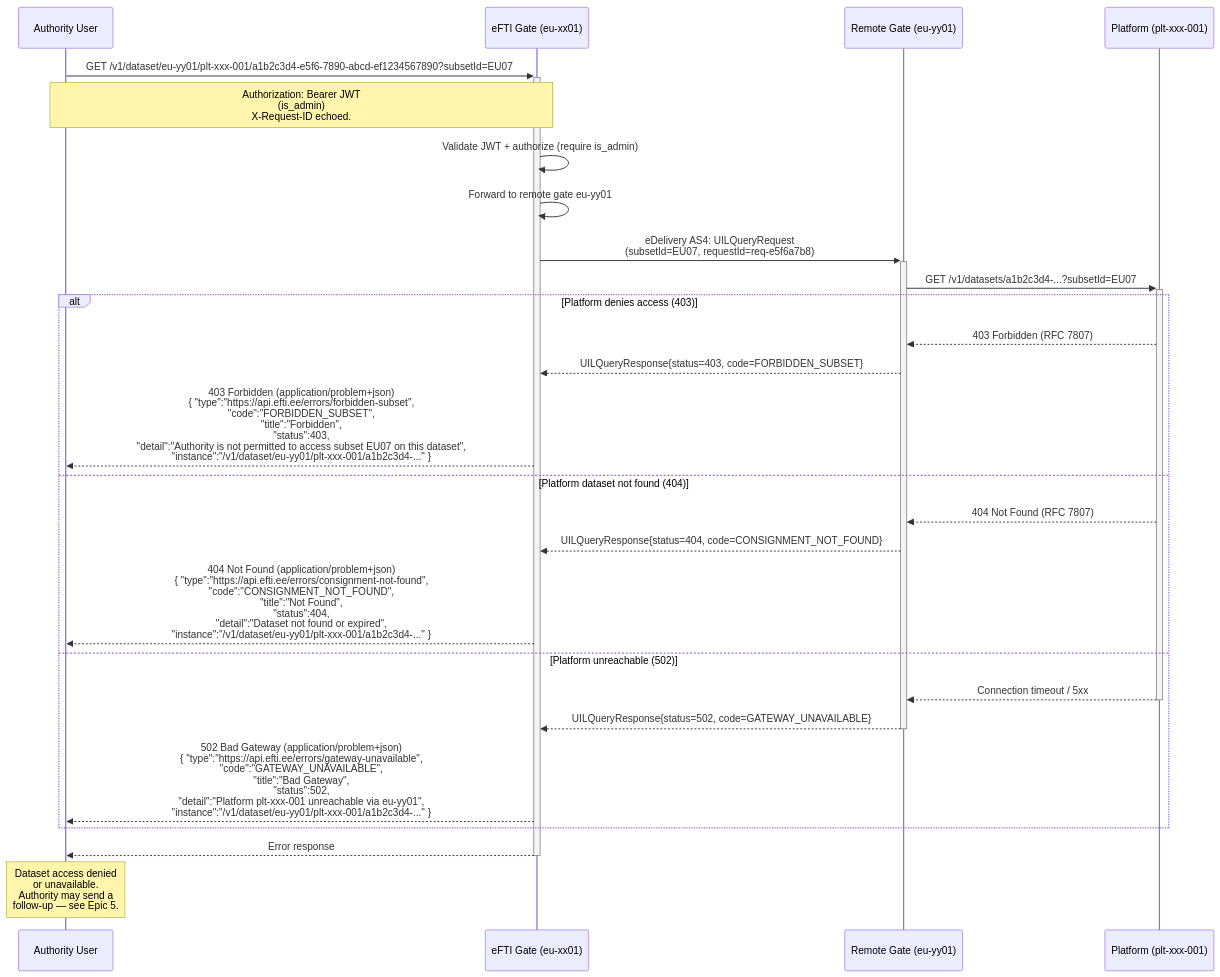
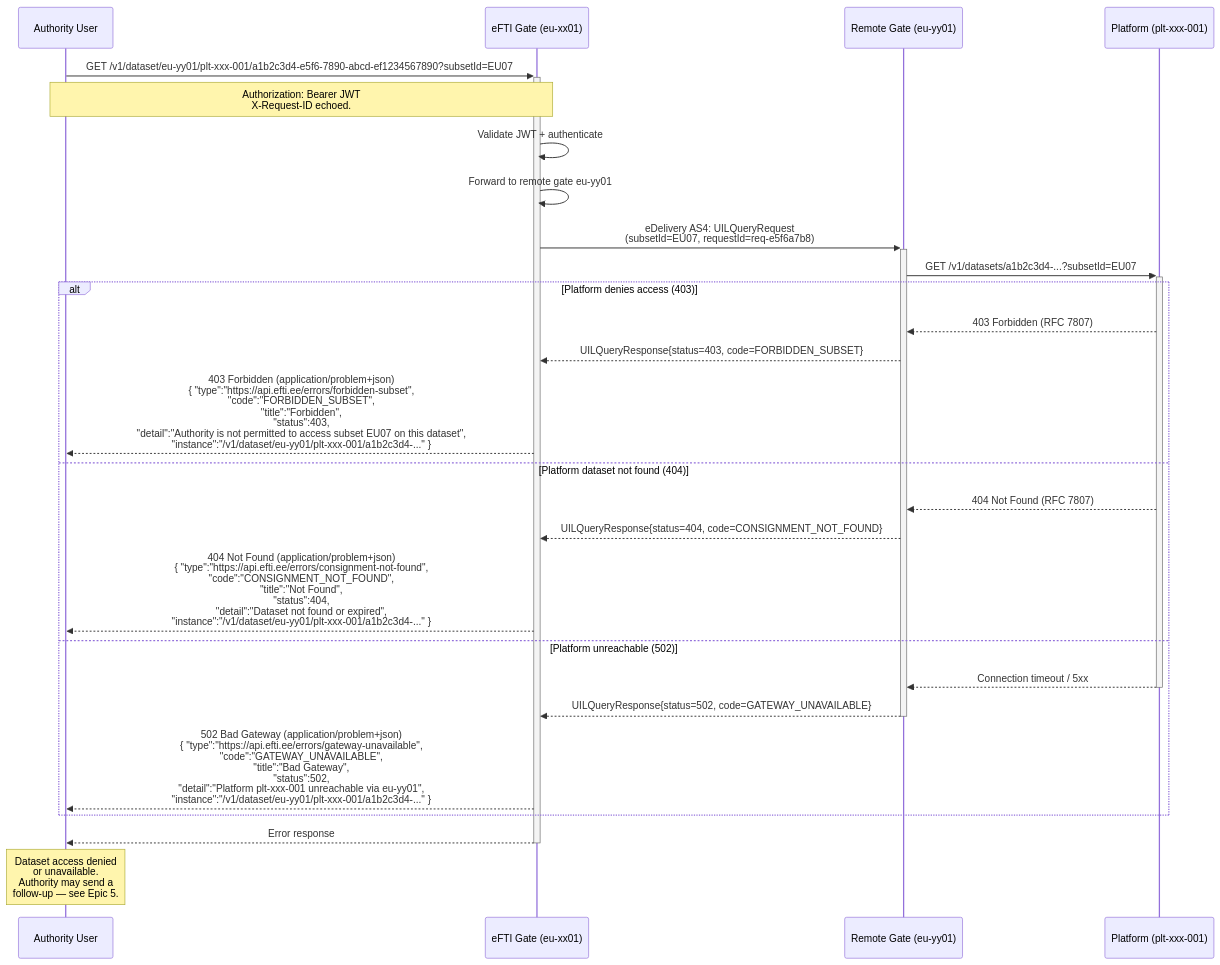
Before and after one commit to kemit-ee/efti-gate-ee: the diagram in docs/specs/diagrams/seq-06-dataset-request-denied.mmd, drawn with Mermaid. The commit also changed 49 other files, not shown here.

```diff
--- a/docs/specs/diagrams/seq-06-dataset-request-denied.mmd
+++ b/docs/specs/diagrams/seq-06-dataset-request-denied.mmd
@@ -1,34 +1,34 @@
 sequenceDiagram
     participant Authority as Authority User
     participant GateEE as eFTI Gate (eu-xx01)
     participant GateFI as Remote Gate (eu-yy01)
     participant Platform as Platform (plt-xxx-001)
 
     Authority->>+GateEE: GET /v1/dataset/eu-yy01/plt-xxx-001/a1b2c3d4-e5f6-7890-abcd-ef1234567890?subsetId=EU07
-    Note over Authority,GateEE: Authorization: Bearer JWT<br/>(is_admin)<br/>X-Request-ID echoed.
+    Note over Authority,GateEE: Authorization: Bearer JWT<br/>X-Request-ID echoed.
 
-    GateEE->>GateEE: Validate JWT + authorize (require is_admin)
+    GateEE->>GateEE: Validate JWT + authenticate
     GateEE->>GateEE: Forward to remote gate eu-yy01
 
     GateEE->>+GateFI: eDelivery AS4: UILQueryRequest<br/>(subsetId=EU07, requestId=req-e5f6a7b8)
 
     GateFI->>+Platform: GET /v1/datasets/a1b2c3d4-...?subsetId=EU07
 
     alt Platform denies access (403)
         Platform-->>GateFI: 403 Forbidden (RFC 7807)
         GateFI-->>GateEE: UILQueryResponse{status=403, code=FORBIDDEN_SUBSET}
         GateEE-->>Authority: 403 Forbidden (application/problem+json)<br/>{ "type":"https://api.efti.ee/errors/forbidden-subset",<br/>  "code":"FORBIDDEN_SUBSET",<br/>  "title":"Forbidden",<br/>  "status":403,<br/>  "detail":"Authority is not permitted to access subset EU07 on this dataset",<br/>  "instance":"/v1/dataset/eu-yy01/plt-xxx-001/a1b2c3d4-..." }
 
     else Platform dataset not found (404)
         Platform-->>GateFI: 404 Not Found (RFC 7807)
         GateFI-->>GateEE: UILQueryResponse{status=404, code=CONSIGNMENT_NOT_FOUND}
         GateEE-->>Authority: 404 Not Found (application/problem+json)<br/>{ "type":"https://api.efti.ee/errors/consignment-not-found",<br/>  "code":"CONSIGNMENT_NOT_FOUND",<br/>  "title":"Not Found",<br/>  "status":404,<br/>  "detail":"Dataset not found or expired",<br/>  "instance":"/v1/dataset/eu-yy01/plt-xxx-001/a1b2c3d4-..." }
 
     else Platform unreachable (502)
         Platform-->>-GateFI: Connection timeout / 5xx
         GateFI-->>-GateEE: UILQueryResponse{status=502, code=GATEWAY_UNAVAILABLE}
         GateEE-->>Authority: 502 Bad Gateway (application/problem+json)<br/>{ "type":"https://api.efti.ee/errors/gateway-unavailable",<br/>  "code":"GATEWAY_UNAVAILABLE",<br/>  "title":"Bad Gateway",<br/>  "status":502,<br/>  "detail":"Platform plt-xxx-001 unreachable via eu-yy01",<br/>  "instance":"/v1/dataset/eu-yy01/plt-xxx-001/a1b2c3d4-..." }
     end
 
     GateEE-->>-Authority: Error response
     Note over Authority: Dataset access denied<br/>or unavailable.<br/>Authority may send a<br/>follow-up — see Epic 5.
```
